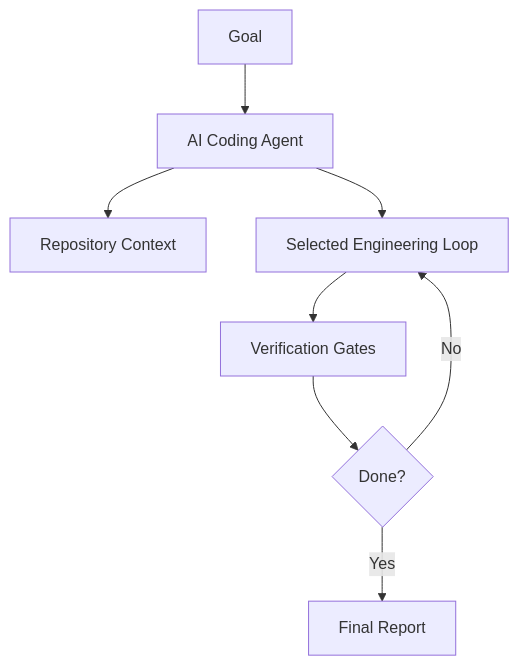
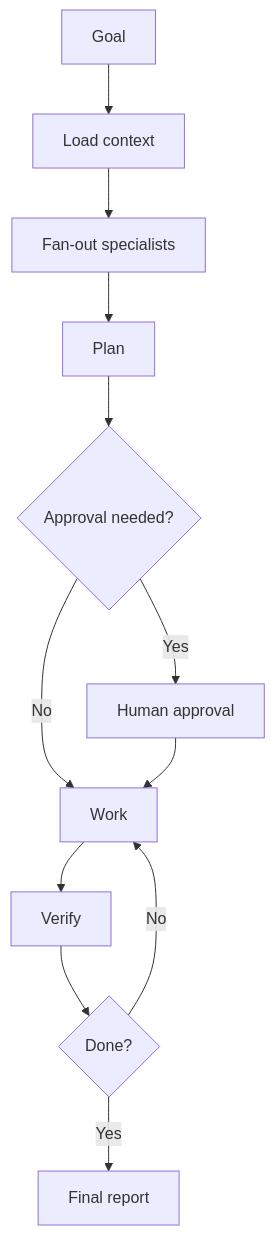
One commit to Coding-Autopilot-System/ai-engineering-operating-system changed the diagram in wiki/Home.md. Above: the diagram before and after it, drawn with Mermaid. The commit also changed other lines of this file, not shown here.

````diff
--- a/wiki/Home.md
+++ b/wiki/Home.md
@@ -27,10 +25,14 @@
 ```mermaid
 flowchart TD
-    Goal[Goal] --> Agent[AI Coding Agent]
-    Agent --> Context[Repository Context]
-    Agent --> Loop[Selected Engineering Loop]
-    Loop --> Verify[Verification Gates]
+    Goal[Goal] --> Context[Load context]
+    Context --> Specialists[Fan-out specialists]
+    Specialists --> Plan[Plan]
+    Plan --> Human{Approval needed?}
+    Human -- Yes --> Approval[Human approval]
+    Human -- No --> Work[Work]
+    Approval --> Work
+    Work --> Verify[Verify]
     Verify --> Done{Done?}
-    Done -- No --> Loop
-    Done -- Yes --> Report[Final Report]
+    Done -- No --> Work
+    Done -- Yes --> Report[Final report]
 ```
````
